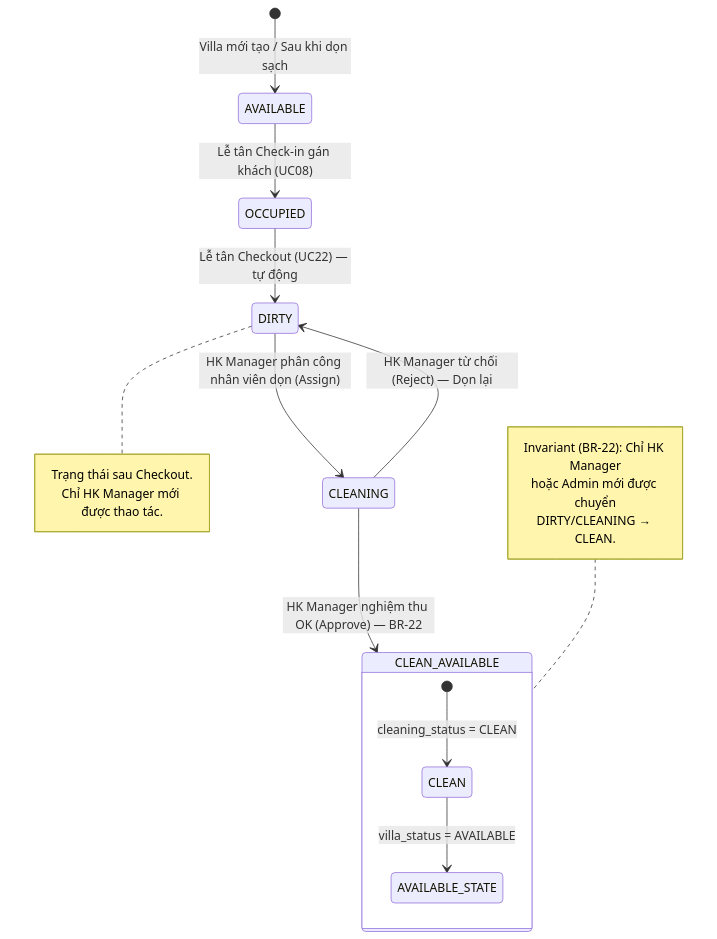
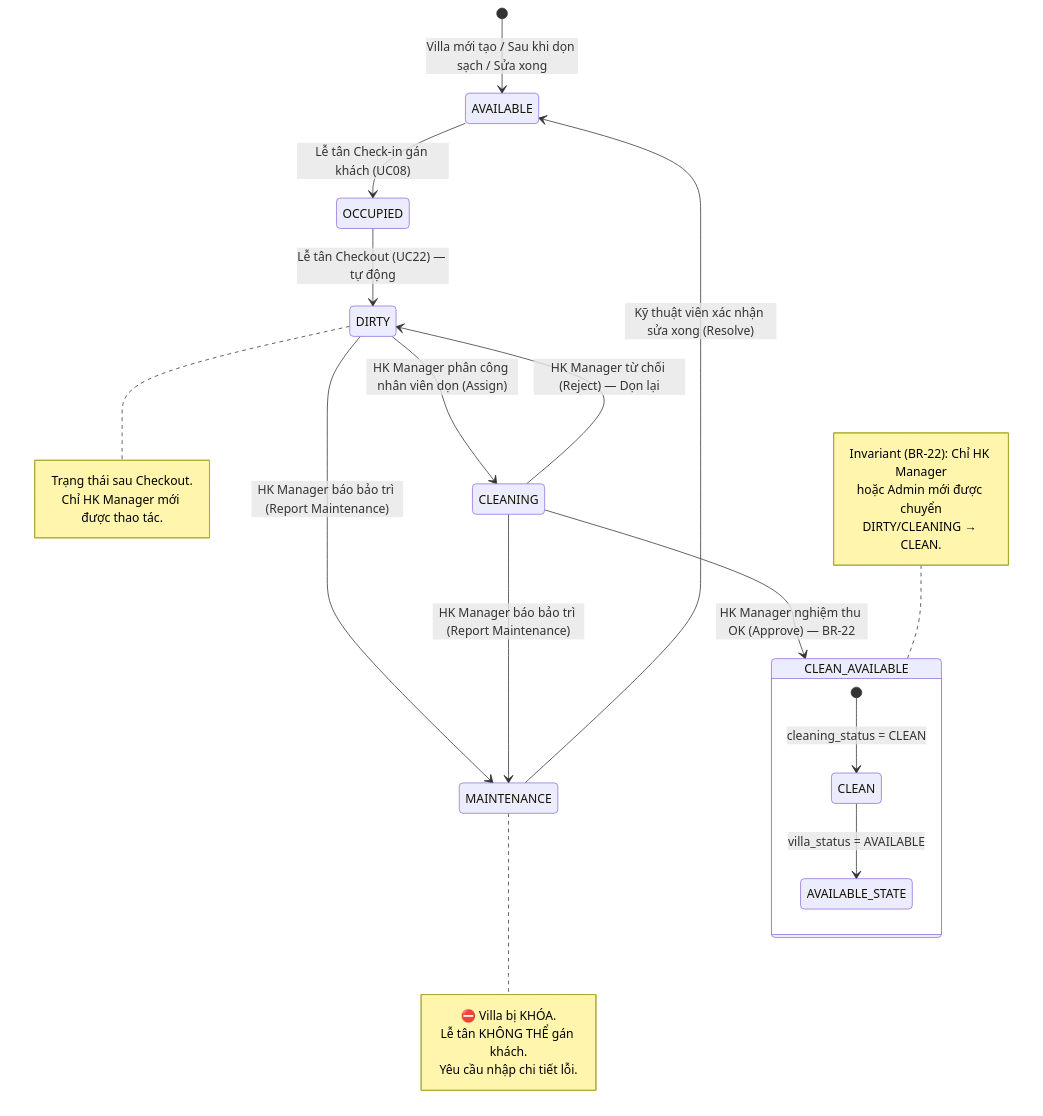
Before and after one commit to danhdac36/xoai-aura-retreat: the fourth of 4 diagrams in 04_Implement/Module5/UC28/UC28_EDS_Housekeeping.md, drawn with Mermaid. The commit also changed other lines of this file and 23 other files, not shown here.

````diff
--- a/04_Implement/Module5/UC28/UC28_EDS_Housekeeping.md
+++ b/04_Implement/Module5/UC28/UC28_EDS_Housekeeping.md
@@ -331,29 +340,38 @@
 ```mermaid
 stateDiagram-v2
-    [*] --> AVAILABLE : Villa mới tạo / Sau khi dọn sạch
+    [*] --> AVAILABLE : Villa mới tạo / Sau khi dọn sạch / Sửa xong
 
     AVAILABLE --> OCCUPIED : Lễ tân Check-in gán khách (UC08)
-
     OCCUPIED --> DIRTY : Lễ tân Checkout (UC22) — tự động
 
     DIRTY --> CLEANING : HK Manager phân công nhân viên dọn (Assign)
+    DIRTY --> MAINTENANCE : HK Manager báo bảo trì (Report Maintenance)
 
     CLEANING --> CLEAN_AVAILABLE : HK Manager nghiệm thu OK (Approve) — BR-22
     CLEANING --> DIRTY : HK Manager từ chối (Reject) — Dọn lại
+    CLEANING --> MAINTENANCE : HK Manager báo bảo trì (Report Maintenance)
 
     state CLEAN_AVAILABLE {
         [*] --> CLEAN : cleaning_status = CLEAN
         CLEAN --> AVAILABLE_STATE : villa_status = AVAILABLE
     }
+    
+    MAINTENANCE --> AVAILABLE : Kỹ thuật viên xác nhận sửa xong (Resolve)
 
     note right of DIRTY
         Trạng thái sau Checkout.
         Chỉ HK Manager mới được thao tác.
     end note
 
     note left of CLEAN_AVAILABLE
         Invariant (BR-22): Chỉ HK Manager
         hoặc Admin mới được chuyển
         DIRTY/CLEANING → CLEAN.
     end note
+    
+    note right of MAINTENANCE
+        ⛔ Villa bị KHÓA.
+        Lễ tân KHÔNG THỂ gán khách.
+        Yêu cầu nhập chi tiết lỗi.
+    end note
 ```
````
